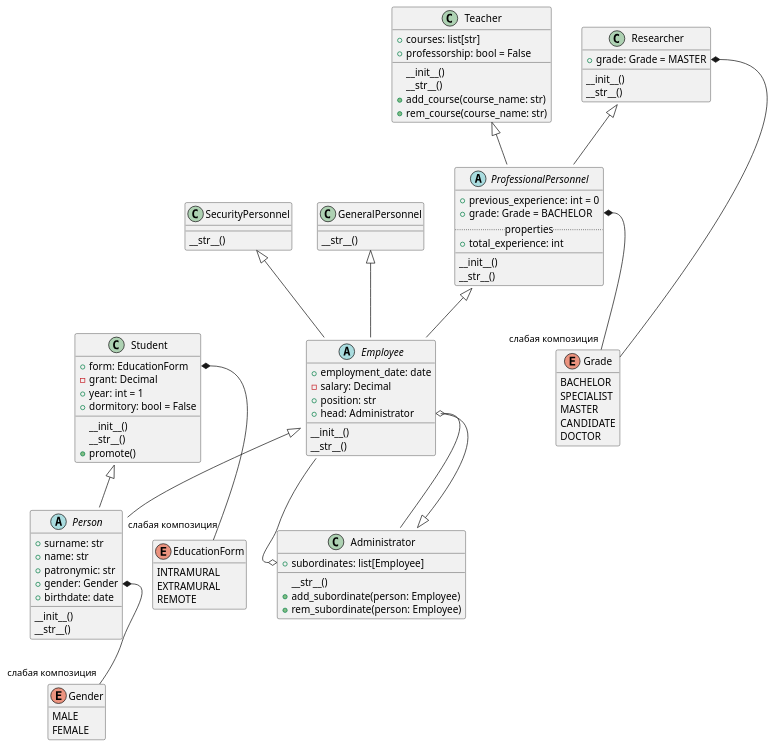
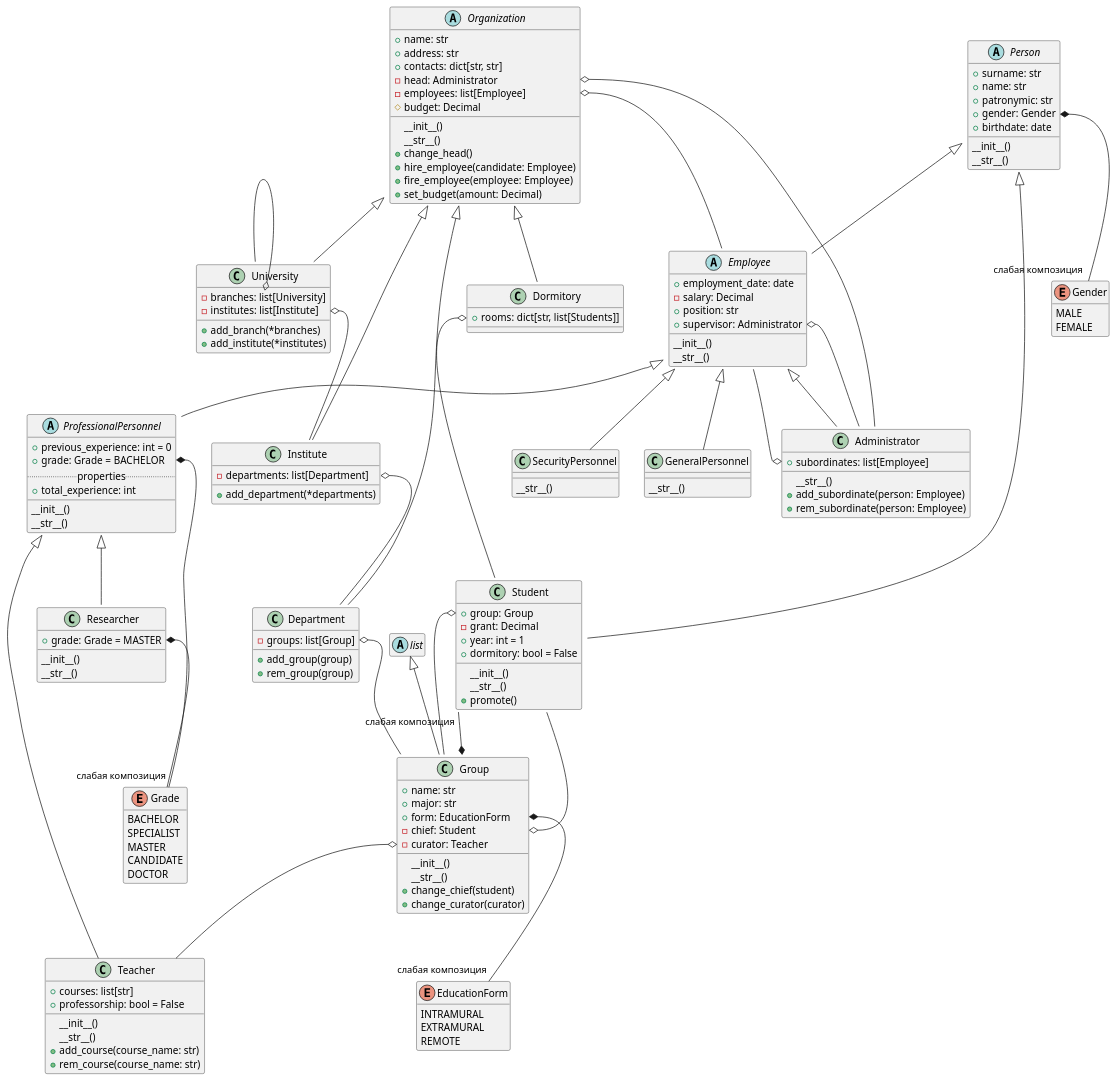
Before and after one commit to TOP-Python223/_scripts: the diagram in university.puml, drawn with PlantUML. The commit also changed 2 other files, not shown here.

```diff
--- a/university.puml
+++ b/university.puml
@@ -1,119 +1,194 @@
 @startuml
 
 hide enum empty members
 
 enum Gender {
     MALE
     FEMALE
 }
 
 enum Grade {
     BACHELOR
     SPECIALIST
     MASTER
     CANDIDATE
     DOCTOR
 }
 
 enum EducationForm {
     INTRAMURAL
     EXTRAMURAL
     REMOTE
 }
 
 
+abstract class Organization {
+    +name: str
+    +address: str
+    +contacts: dict[str, str]
+    -head: Administrator
+    -employees: list[Employee]
+    #budget: Decimal
+    __init__()
+    __str__()
+    +change_head()
+    +hire_employee(candidate: Employee)
+    +fire_employee(employee: Employee)
+    +set_budget(amount: Decimal)
+}
+Organization <|-- University
+Organization <|-- Dormitory
+Organization <|-- Institute
+Organization <|-- Department
+Organization::head o-- Administrator
+Organization::employees o-- Employee
+
+
+class University {
+    -branches: list[University]
+    -institutes: list[Institute]
+    +add_branch(*branches)
+    +add_institute(*institutes)
+}
+University::branches o-- University
+University::institutes o-- Institute
+
+
+class Dormitory {
+    +rooms: dict[str, list[Students]]
+}
+Dormitory::rooms o-- Student
+
+
+class Institute {
+    -departments: list[Department]
+    +add_department(*departments)
+}
+Institute::departments o-- Department
+
+
+class Department {
+    -groups: list[Group]
+    +add_group(group)
+    +rem_group(group)
+}
+Department::groups o-- Group
+
+
+abstract class list
+hide list empty members
+list <|-- Group
+
+
+class Group {
+    +name: str
+    +major: str
+    +form: EducationForm
+    -chief: Student
+    -curator: Teacher
+    __init__()
+    __str__()
+    +change_chief(student)
+    +change_curator(curator)
+}
+Group *-- "слабая композиция" Student
+Group::form *-- "слабая композиция" EducationForm
+Group::chief o-- Student
+Group::curator o-- Teacher
+
+
 class Student {
-    +form: EducationForm
+    +group: Group
     -grant: Decimal
     +year: int = 1
     +dormitory: bool = False
     __init__()
     __str__()
     +promote()
 }
-Student <|-- Person
-Student::form *-- "слабая композиция" EducationForm
+Student::group o-- Group
 
 
 class Teacher {
     +courses: list[str]
     +professorship: bool = False
     __init__()
     __str__()
     +add_course(course_name: str)
     +rem_course(course_name: str)
 }
-Teacher <|-- ProfessionalPersonnel
 
 
 class Researcher {
     +grade: Grade = MASTER
     __init__()
     __str__()
 }
-Researcher <|-- ProfessionalPersonnel
 Researcher::grade *-- Grade
 
 
 abstract class ProfessionalPersonnel {
     +previous_experience: int = 0
     +grade: Grade = BACHELOR
     .. properties ..
     +total_experience: int
     __
     __init__()
     __str__()
 }
-ProfessionalPersonnel <|-- Employee
+ProfessionalPersonnel <|-- Teacher
+ProfessionalPersonnel <|-- Researcher
 ProfessionalPersonnel::grade *-- "слабая композиция" Grade
 
 
 class Administrator {
     +subordinates: list[Employee]
     __str__()
     +add_subordinate(person: Employee)
     +rem_subordinate(person: Employee)
 }
-Administrator <|-down- Employee
 Administrator::subordinates o-- Employee
 
 
 class SecurityPersonnel
 SecurityPersonnel : __str__()
-SecurityPersonnel <|-- Employee
 
 
 class GeneralPersonnel
 GeneralPersonnel : __str__()
-GeneralPersonnel <|-- Employee
 
 
 abstract class Employee {
     +employment_date: date
     -salary: Decimal
     +position: str
-    +head: Administrator
+    +supervisor: Administrator
     __init__()
     __str__()
 }
-Employee <|-- Person
-Employee::head o-- Administrator
+Employee <|-- GeneralPersonnel
+Employee <|-- SecurityPersonnel
+Employee <|-- Administrator
+Employee <|-- ProfessionalPersonnel
+Employee::supervisor o-- Administrator
 
 
 abstract class Person {
     +surname: str
     +name: str
     +patronymic: str
     +gender: Gender
     +birthdate: date
     __init__()
     __str__()
 }
+Person <|-- Student
+Person <|-- Employee
 Person::gender *-- "слабая композиция" Gender
 'note bottom of Person
 '    Все атрибуты задаются
 '    с помощью параметров
 '    конструктора
 'end note
 
 @enduml
```
